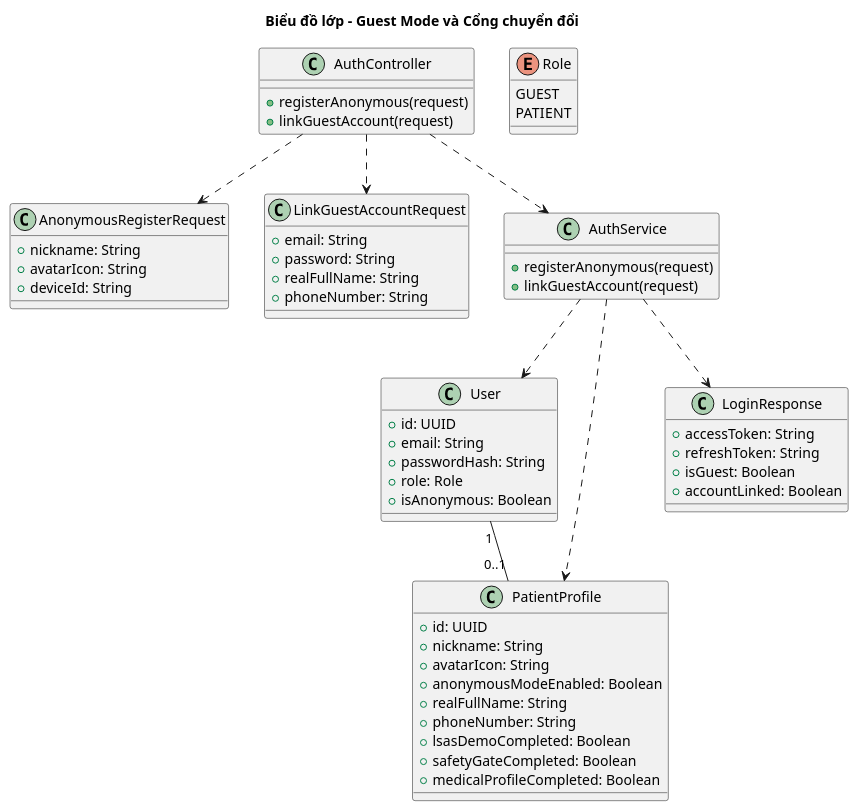
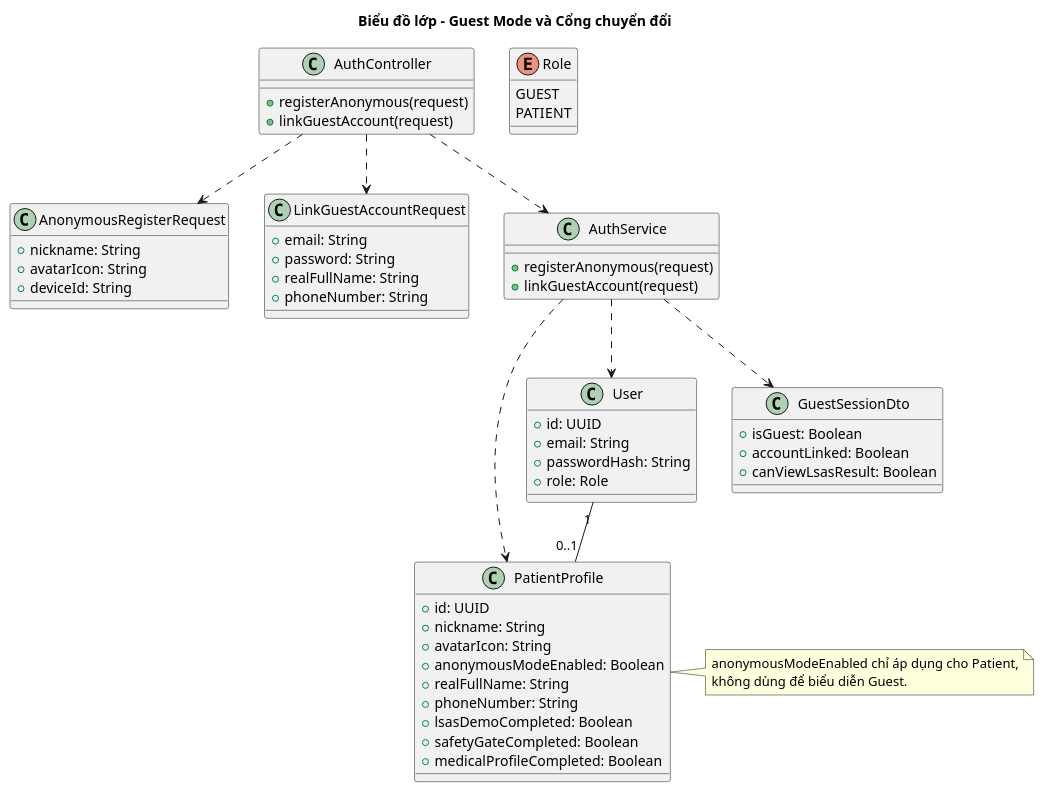
One commit to phuongtech24/do_an changed the diagram in docs/diagrams/Bieudolop/class_guest_conversion.puml. Above: the diagram before and after it, drawn with PlantUML. The commit also changed 18 other files, not shown here.

```diff
--- a/docs/diagrams/Bieudolop/class_guest_conversion.puml
+++ b/docs/diagrams/Bieudolop/class_guest_conversion.puml
@@ -1,67 +1,70 @@
 @startuml
 title Biểu đồ lớp - Guest Mode và Cổng chuyển đổi
 
 class User {
   +id: UUID
   +email: String
   +passwordHash: String
   +role: Role
-  +isAnonymous: Boolean
 }
 
 class PatientProfile {
   +id: UUID
   +nickname: String
   +avatarIcon: String
   +anonymousModeEnabled: Boolean
   +realFullName: String
   +phoneNumber: String
   +lsasDemoCompleted: Boolean
   +safetyGateCompleted: Boolean
   +medicalProfileCompleted: Boolean
+}
+
+class GuestSessionDto {
+  +isGuest: Boolean
+  +accountLinked: Boolean
+  +canViewLsasResult: Boolean
 }
 
 class AnonymousRegisterRequest {
   +nickname: String
   +avatarIcon: String
   +deviceId: String
 }
 
 class LinkGuestAccountRequest {
   +email: String
   +password: String
   +realFullName: String
   +phoneNumber: String
 }
 
 class AuthController {
   +registerAnonymous(request)
   +linkGuestAccount(request)
 }
 
 class AuthService {
   +registerAnonymous(request)
   +linkGuestAccount(request)
 }
 
-class LoginResponse {
-  +accessToken: String
-  +refreshToken: String
-  +isGuest: Boolean
-  +accountLinked: Boolean
-}
-
 enum Role {
   GUEST
   PATIENT
 }
 
 User "1" -- "0..1" PatientProfile
 AuthController ..> AuthService
 AuthController ..> AnonymousRegisterRequest
 AuthController ..> LinkGuestAccountRequest
 AuthService ..> User
 AuthService ..> PatientProfile
-AuthService ..> LoginResponse
+AuthService ..> GuestSessionDto
+
+note right of PatientProfile
+anonymousModeEnabled chỉ áp dụng cho Patient,
+không dùng để biểu diễn Guest.
+end note
 
 @enduml
```
